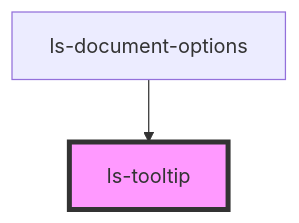
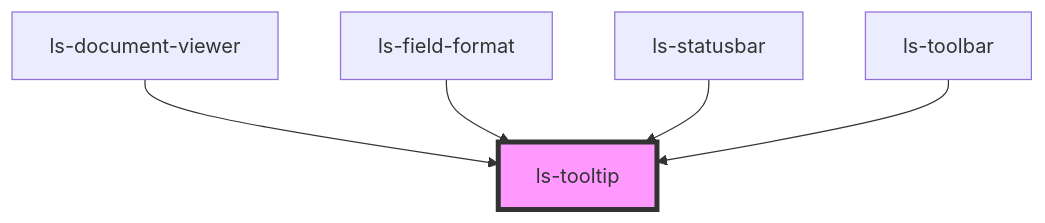
One commit to legalesign/ls-document-viewer changed the diagram in src/components/ls-tooltip/readme.md. Above: the diagram before and after it, drawn with Mermaid. The commit also changed other lines of this file and 14 other files, not shown here.

````diff
--- a/src/components/ls-tooltip/readme.md
+++ b/src/components/ls-tooltip/readme.md
@@ -23,5 +28,8 @@
 ```mermaid
 graph TD;
-  ls-document-options --> ls-tooltip
+  ls-document-viewer --> ls-tooltip
+  ls-field-format --> ls-tooltip
+  ls-statusbar --> ls-tooltip
+  ls-toolbar --> ls-tooltip
   style ls-tooltip fill:#f9f,stroke:#333,stroke-width:4px
 ```
````
